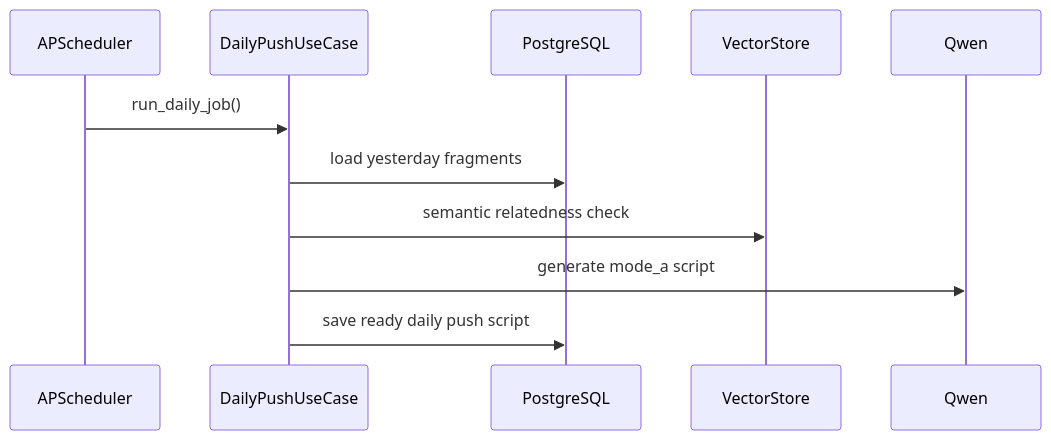
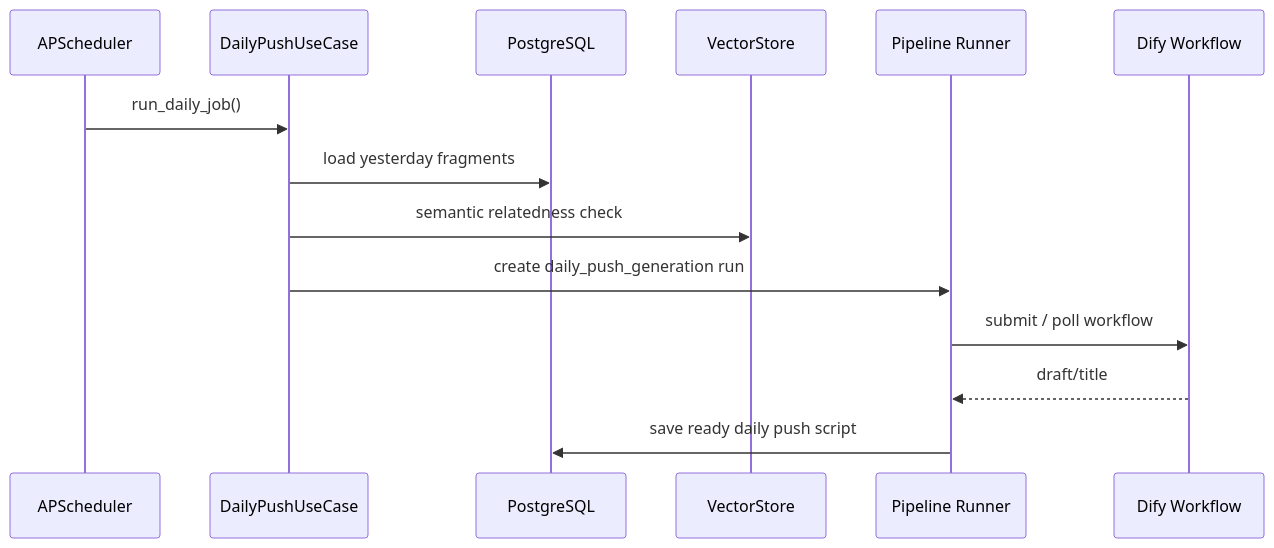
One commit to YCZA2/SparkFlow changed the ninth of 9 diagrams in memory-bank/architecture.md. Above: the diagram before and after it, drawn with Mermaid. The commit also changed other lines of this file and 20 other files, not shown here.

````diff
--- a/memory-bank/architecture.md
+++ b/memory-bank/architecture.md
@@ -397,14 +398,17 @@
 ```mermaid
 sequenceDiagram
     participant Scheduler as APScheduler
     participant UseCase as DailyPushUseCase
     participant DB as PostgreSQL
     participant VDB as VectorStore
-    participant LLM as Qwen
+    participant PIPE as Pipeline Runner
+    participant Dify as Dify Workflow
 
     Scheduler->>UseCase: run_daily_job()
     UseCase->>DB: load yesterday fragments
     UseCase->>VDB: semantic relatedness check
-    UseCase->>LLM: generate mode_a script
-    UseCase->>DB: save ready daily push script
+    UseCase->>PIPE: create daily_push_generation run
+    PIPE->>Dify: submit / poll workflow
+    Dify-->>PIPE: draft/title
+    PIPE->>DB: save ready daily push script
 ```
````
